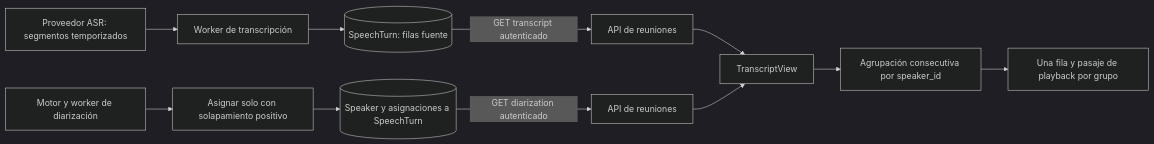
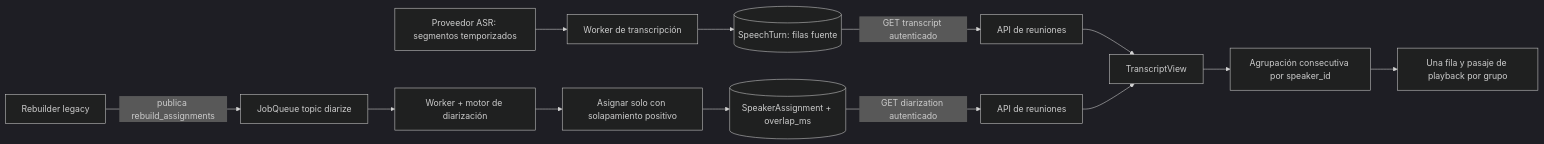
Before and after one commit to lufermalgo/sauri: the first of 2 diagrams in .spectra/specs/fix-transcript-word-fragments/design.md, drawn with Mermaid (dark theme). The commit also changed other lines of this file, not shown here.

Commit message:
docs(transcript): define safe legacy assignment rebuild

````diff
--- a/.spectra/specs/fix-transcript-word-fragments/design.md
+++ b/.spectra/specs/fix-transcript-word-fragments/design.md
@@ -31,13 +33,15 @@
 ```mermaid
 graph LR
     ASR[Proveedor ASR: segmentos temporizados] --> TW[Worker de transcripción]
     TW --> ST[(SpeechTurn: filas fuente)]
-    D[Motor y worker de diarización] --> A[Asignar solo con solapamiento positivo]
-    A --> SA[(Speaker y asignaciones a SpeechTurn)]
+    Q[JobQueue topic diarize] --> D[Worker + motor de diarización]
+    D --> A[Asignar solo con solapamiento positivo]
+    A --> SA[(SpeakerAssignment + overlap_ms)]
+    RB[Rebuilder legacy] -->|publica rebuild_assignments| Q
     ST -->|GET transcript autenticado| API[API de reuniones]
     SA -->|GET diarization autenticado| API2[API de reuniones]
     API --> UI[TranscriptView]
     API2 --> UI
     UI --> G[Agrupación consecutiva por speaker_id]
     G --> R[Una fila y pasaje de playback por grupo]
 ```
````
